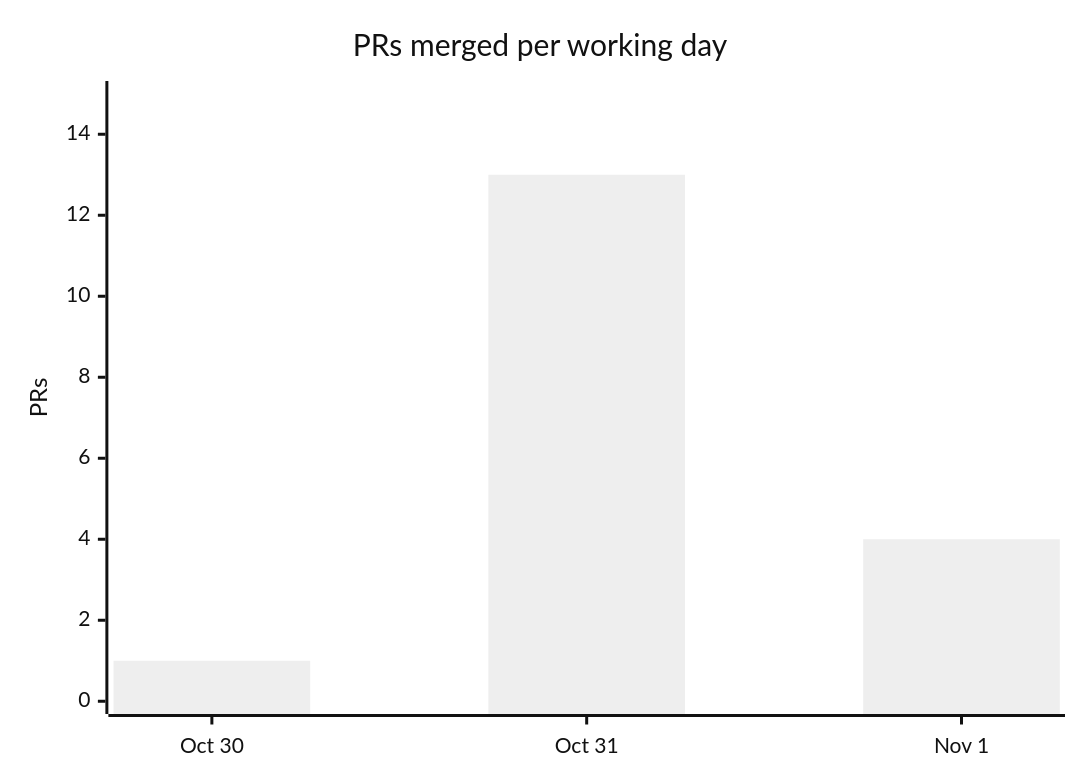
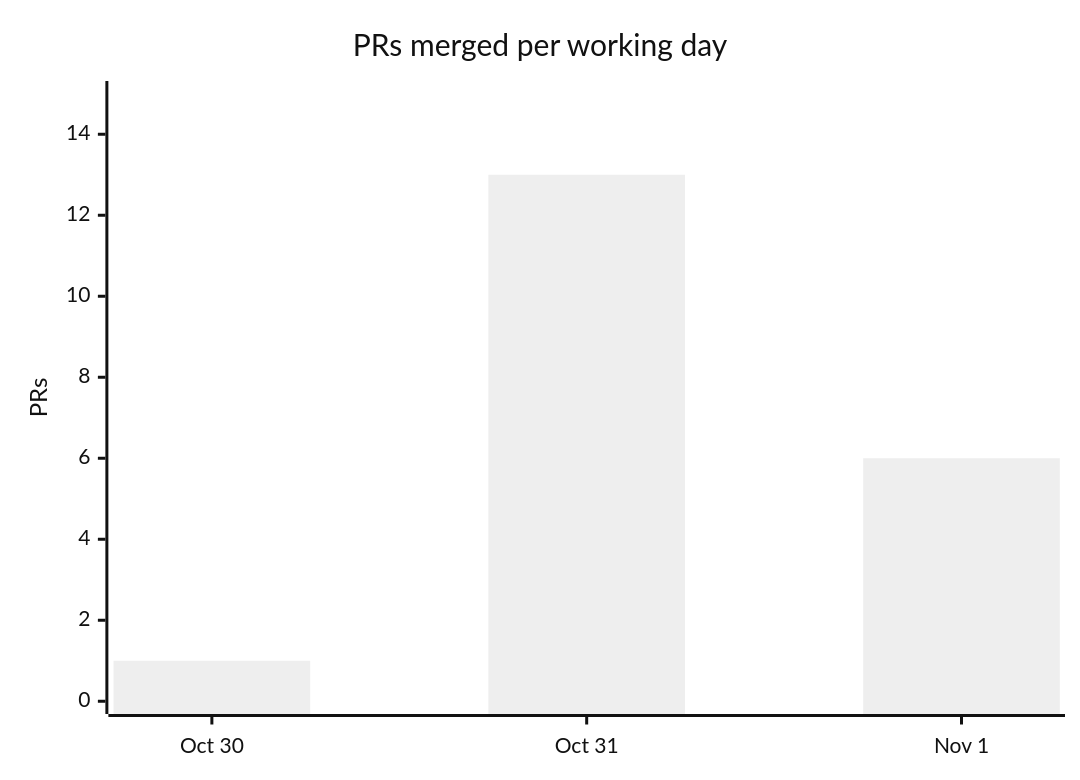
The fourth of 4 diagrams in docs/OVERVIEW.md (cmprssd/nfsh), drawn with Mermaid (neutral theme) before and after one commit. The commit also changed other lines of this file, not shown here.

````diff
--- a/docs/OVERVIEW.md
+++ b/docs/OVERVIEW.md
@@ -139,7 +139,7 @@
 ```mermaid
 xychart-beta
     title "PRs merged per working day"
     x-axis ["Oct 30", "Oct 31", "Nov 1"]
     y-axis "PRs" 0 --> 15
-    bar [1, 13, 4]
+    bar [1, 13, 6]
 ```
````
